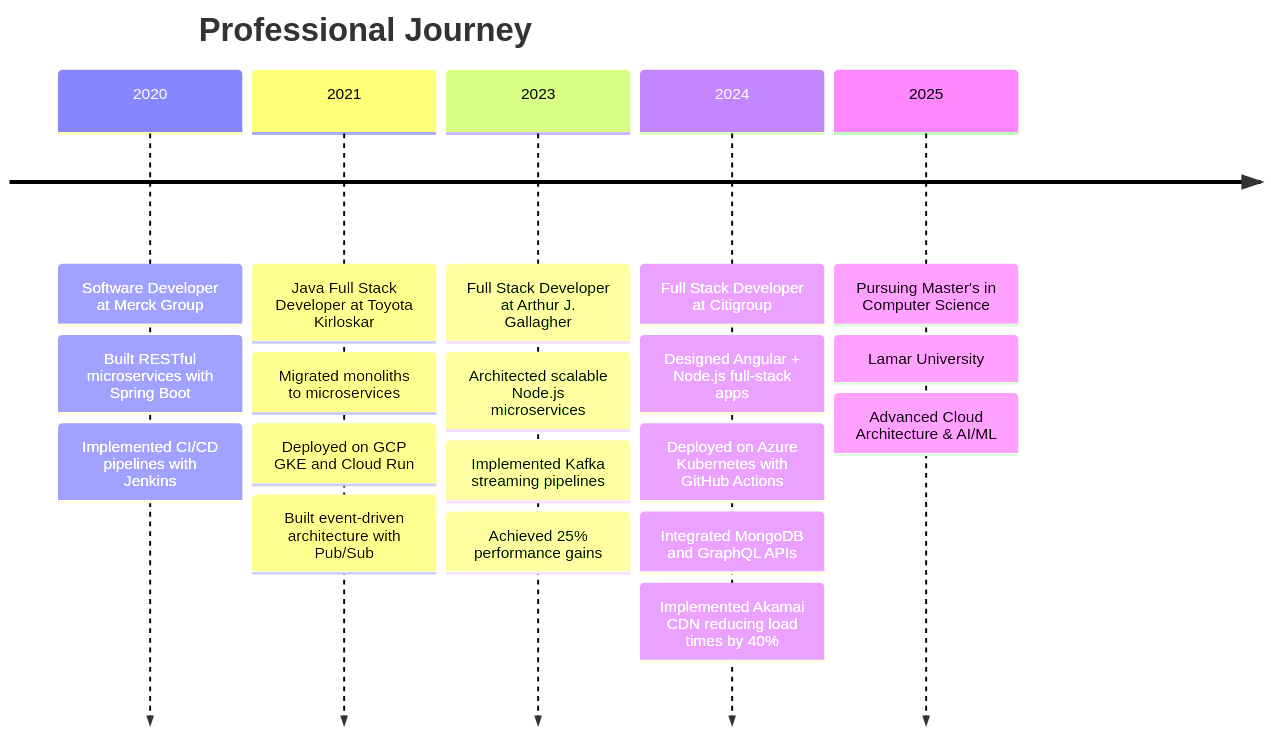
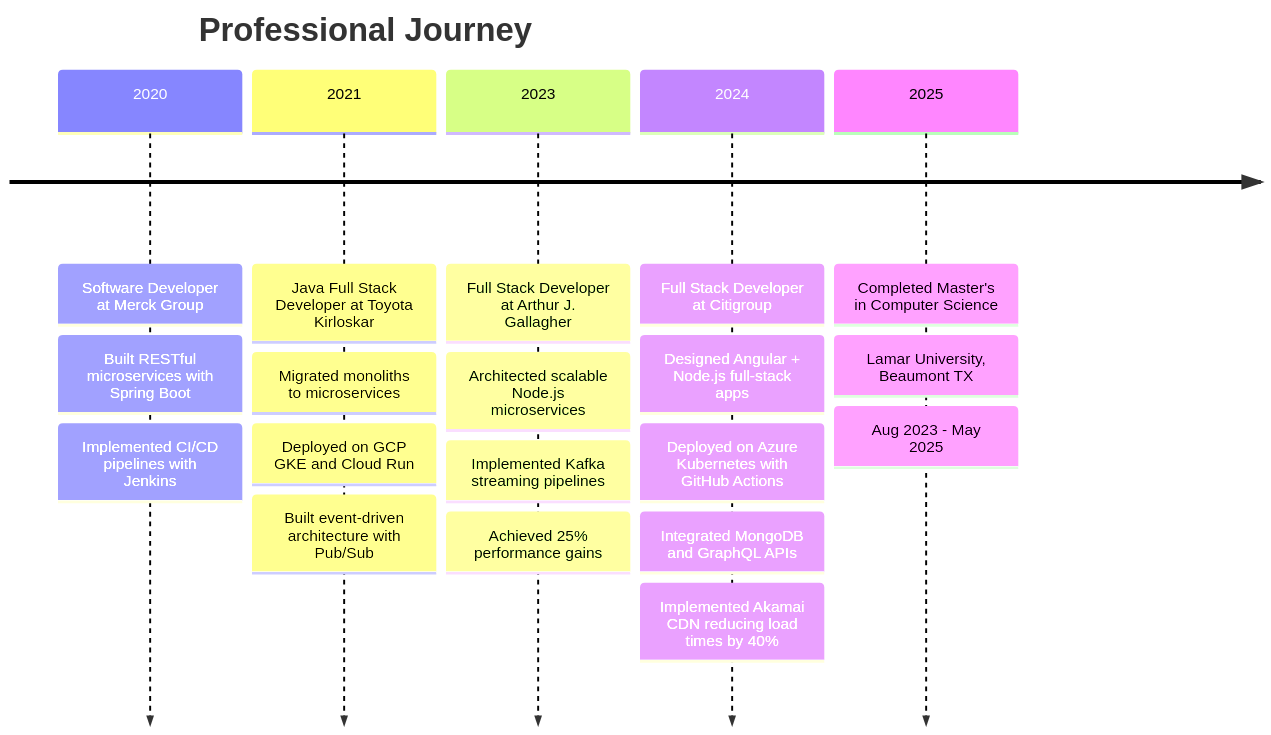
Before and after one commit to codeknightadloky-ai/codeknightadloky-ai: the second of 2 diagrams in README.md, drawn with Mermaid. The commit also changed other lines of this file, not shown here.

````diff
--- a/README.md
+++ b/README.md
@@ -206,23 +203,23 @@
 ```mermaid
 timeline
     title Professional Journey
     2020 : Software Developer at Merck Group
          : Built RESTful microservices with Spring Boot
          : Implemented CI/CD pipelines with Jenkins
     2021 : Java Full Stack Developer at Toyota Kirloskar
          : Migrated monoliths to microservices
          : Deployed on GCP GKE and Cloud Run
          : Built event-driven architecture with Pub/Sub
     2023 : Full Stack Developer at Arthur J. Gallagher
          : Architected scalable Node.js microservices
          : Implemented Kafka streaming pipelines
          : Achieved 25% performance gains
     2024 : Full Stack Developer at Citigroup
          : Designed Angular + Node.js full-stack apps
          : Deployed on Azure Kubernetes with GitHub Actions
          : Integrated MongoDB and GraphQL APIs
          : Implemented Akamai CDN reducing load times by 40%
-    2025 : Pursuing Master's in Computer Science
-         : Lamar University
-         : Advanced Cloud Architecture & AI/ML
+    2025 : Completed Master's in Computer Science
+         : Lamar University, Beaumont TX
+         : Aug 2023 - May 2025
 ```
````
